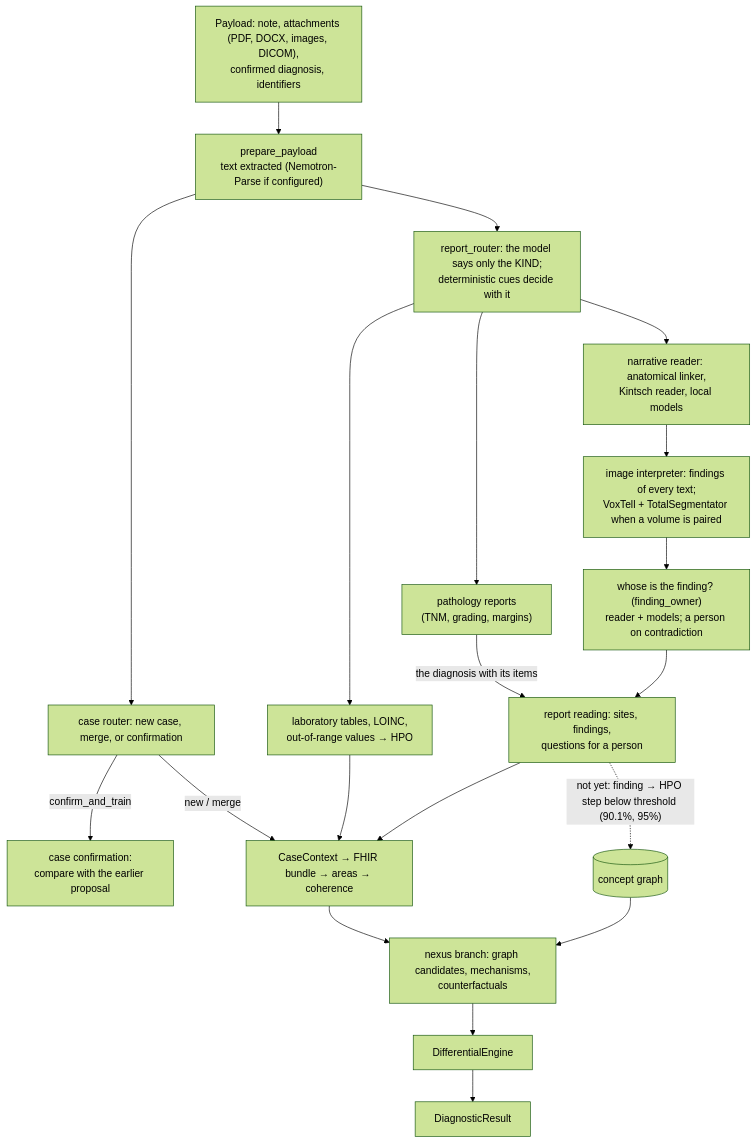
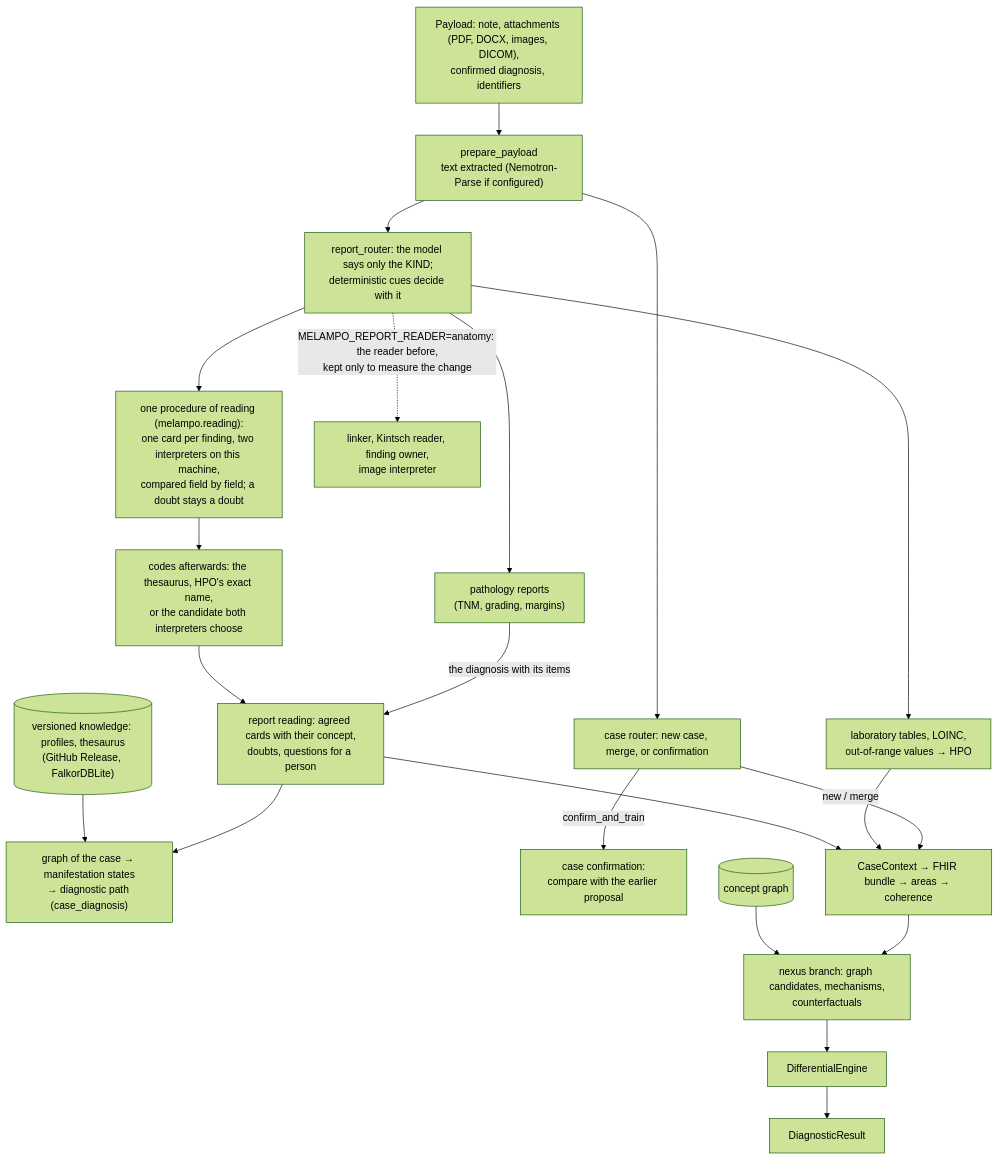
One commit to francescoluciolattari/Melampo-AI changed the second of 2 diagrams in docs/en/ARCHITECTURE.md. Above: the diagram before and after it, drawn with Mermaid (forest theme). The commit also changed other lines of this file and 10 other files, not shown here.

First line of the commit message:
Documentation of 25 November 2026: the one procedure of reading, the systematic review, the versioned knowledge

````diff
--- a/docs/en/ARCHITECTURE.md
+++ b/docs/en/ARCHITECTURE.md
@@ -29,21 +32,22 @@
 ```mermaid
 flowchart TD
   payload["Payload: note, attachments (PDF, DOCX, images, DICOM),<br/>confirmed diagnosis, identifiers"] --> prep["prepare_payload<br/>text extracted (Nemotron-Parse if configured)"]
   prep --> router["report_router: the model says only the KIND;<br/>deterministic cues decide with it"]
   router --> lab["laboratory tables, LOINC,<br/>out-of-range values → HPO"]
   router --> path["pathology reports<br/>(TNM, grading, margins)"]
   path -->|"the diagnosis with its items"| rr
-  router --> narr["narrative reader: anatomical linker,<br/>Kintsch reader, local models"]
-  narr --> img["image interpreter: findings of every text;<br/>VoxTell + TotalSegmentator when a volume is paired"]
-  img --> owner["whose is the finding? (finding_owner)<br/>reader + models; a person on contradiction"]
-  owner --> rr["report reading: sites, findings,<br/>questions for a person"]
+  router --> one["one procedure of reading (melampo.reading):<br/>one card per finding, two interpreters on this machine,<br/>compared field by field; a doubt stays a doubt"]
+  one --> codes["codes afterwards: the thesaurus, HPO's exact name,<br/>or the candidate both interpreters choose"]
+  codes --> rr["report reading: agreed cards with their concept,<br/>doubts, questions for a person"]
+  rr --> cg["graph of the case → manifestation states<br/>→ diagnostic path (case_diagnosis)"]
+  know[("versioned knowledge: profiles, thesaurus<br/>(GitHub Release, FalkorDBLite)")] --> cg
+  router -.->|"MELAMPO_REPORT_READER=anatomy: the reader before,<br/>kept only to measure the change"| narr["linker, Kintsch reader, finding owner,<br/>image interpreter"]
   prep --> d1["case router: new case, merge, or confirmation"]
   d1 -->|confirm_and_train| conf["case confirmation:<br/>compare with the earlier proposal"]
   d1 -->|new / merge| ingest["CaseContext → FHIR bundle → areas → coherence"]
   lab --> ingest
   rr --> ingest
   ingest --> nexus["nexus branch: graph candidates, mechanisms,<br/>counterfactuals"]
   nexus --> diff["DifferentialEngine"] --> res["DiagnosticResult"]
-  rr -.->|"not yet: finding → HPO step below threshold (90.1%, 95%)"| graphnode[("concept graph")]
-  graphnode --> nexus
+  graphnode[("concept graph")] --> nexus
 ```
````
